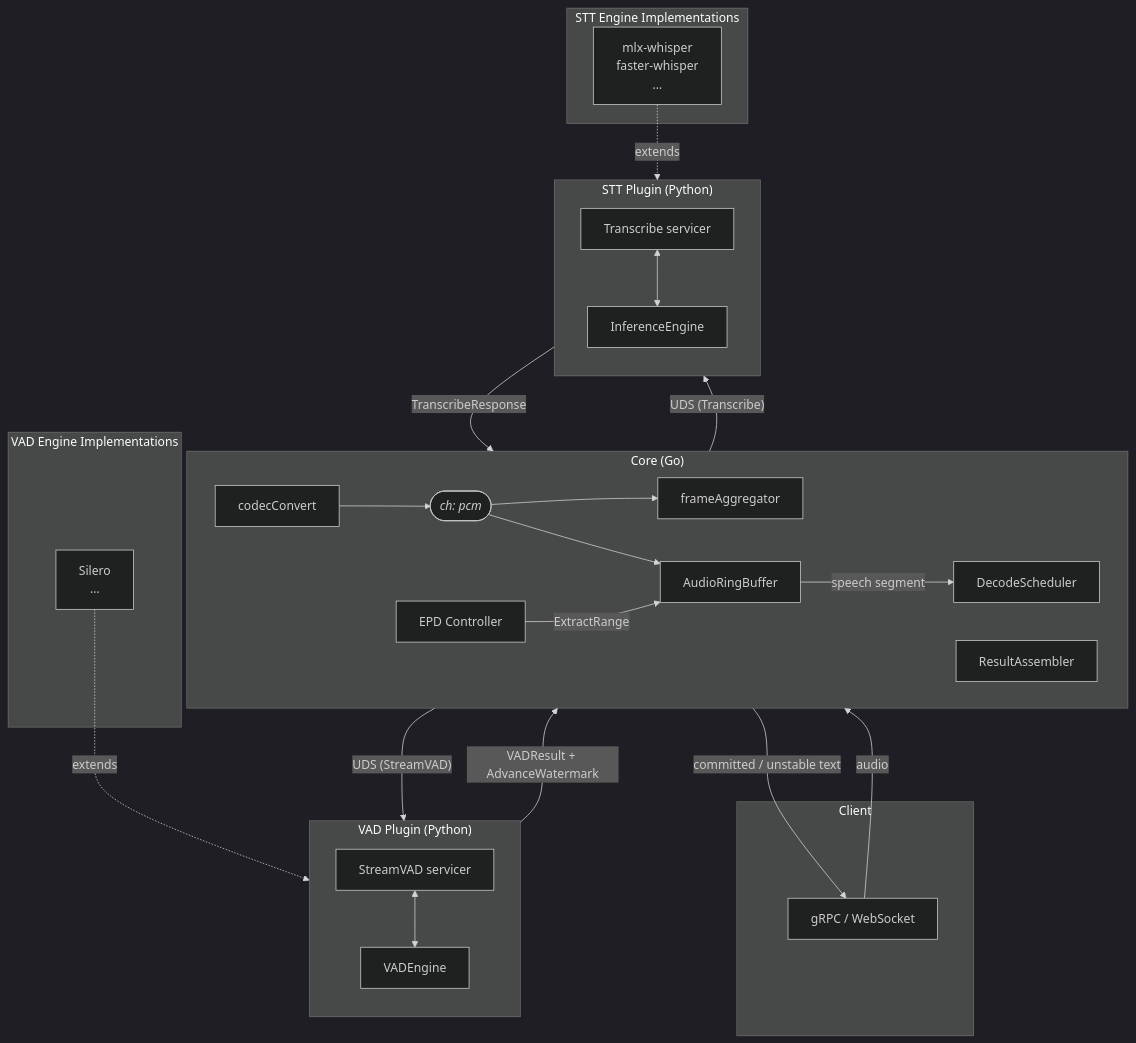
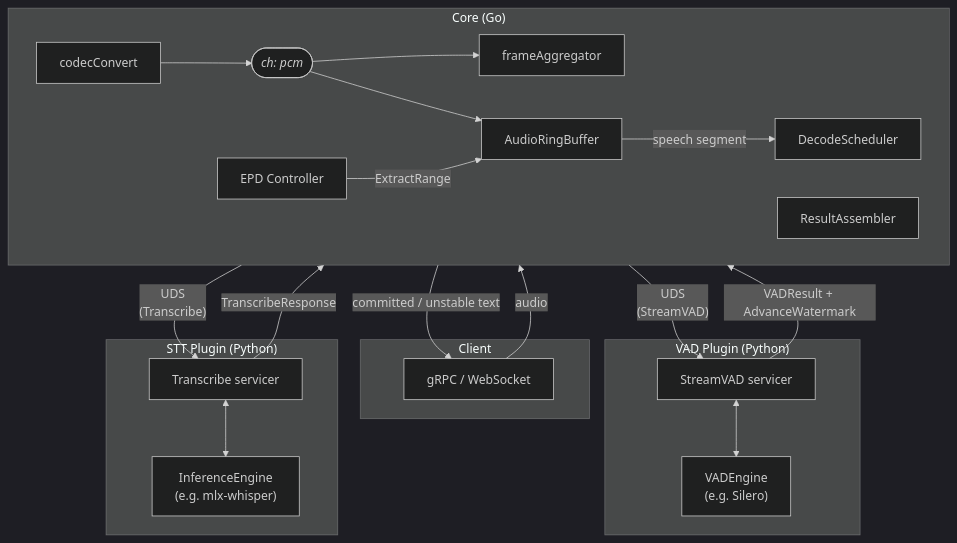
The first of 2 diagrams in README.md (speechmux/speechmux), drawn with Mermaid (dark theme) before and after one commit. The commit also changed other lines of this file, not shown here.

First line of the commit message:
docs(readme): split architecture diagram and update for streaming engine support

````diff
--- a/README.md
+++ b/README.md
@@ -7,47 +9,31 @@
 ```mermaid
 flowchart TD
     subgraph Client
         transport["gRPC / WebSocket"]
     end
 
     subgraph Core ["Core (Go)"]
         direction LR
         codecConvert["codecConvert"] --> pcmCh(["<i>ch: pcm</i>"])
         pcmCh --> frameAggregator["frameAggregator"]
         pcmCh --> ARB["AudioRingBuffer"]
         EPDC["EPD Controller"] -->|"ExtractRange"| ARB
         ARB -->|"speech segment"| DS["DecodeScheduler"]
         RA["ResultAssembler"]
     end
 
-    subgraph VADPluginLayer ["VAD Plugin (Python)"]
-        direction TB
-        VADServicer["StreamVAD servicer"]
-        VADEngine["VADEngine"]
-        VADServicer <--> VADEngine
+    subgraph VADPlugin ["VAD Plugin (Python)"]
+        VADServicer["StreamVAD servicer"] <--> VADEngine["VADEngine</br>(e.g. Silero)"]
     end
 
-    subgraph STTPluginLayer ["STT Plugin (Python)"]
-        direction TB
-        STTServicer["Transcribe servicer"]
-        InferenceEngine["InferenceEngine"]
-        STTServicer <--> InferenceEngine
-    end
-
-    subgraph VADEngineLayer ["VAD Engine Implementations"]
-        SpecifiedVADEngine["Silero<br/>…"]
-    end
-
-    subgraph STTEngineLayer ["STT Engine Implementations"]
-        STTEngine["mlx-whisper<br/>faster-whisper<br/>…"]
+    subgraph STTPlugin ["STT Plugin (Python)"]
+        STTServicer["Transcribe servicer"] <--> InferenceEngine["InferenceEngine</br>(e.g. mlx-whisper)"]
     end
 
     transport -->|"audio"| codecConvert
-    frameAggregator -->|"UDS (StreamVAD)"| VADServicer
+    frameAggregator -->|"UDS</br>(StreamVAD)"| VADServicer
     VADServicer -->|"VADResult + AdvanceWatermark"| EPDC
-    DS -->|"UDS (Transcribe)"| STTServicer
+    DS -->|"UDS</br>(Transcribe)"| STTServicer
     STTServicer -->|"TranscribeResponse"| RA
     RA -->|"committed / unstable text"| transport
-    SpecifiedVADEngine -.->|"extends"| VADEngine
-    STTEngine -.->|"extends"| InferenceEngine
 ```
````
